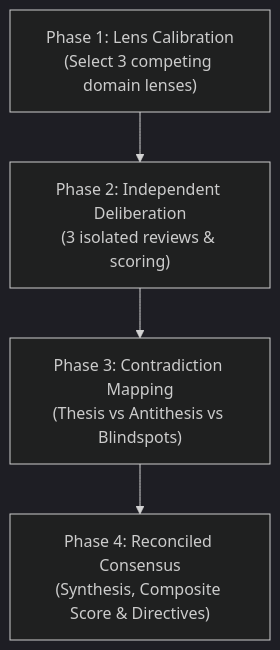
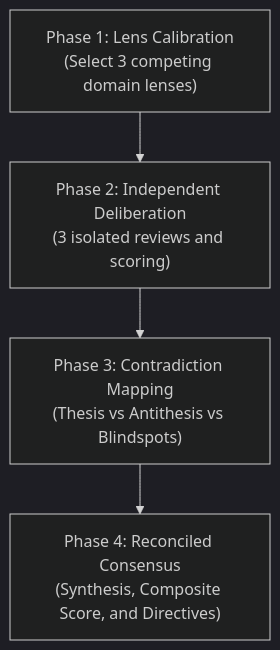
Before and after one commit to Roriz/engineering_of_thinking_skills: the diagram in skills/dialectic-consensus/SKILL.md, drawn with Mermaid (dark theme). The commit also changed other lines of this file and 12 other files, not shown here.

````diff
--- a/skills/dialectic-consensus/SKILL.md
+++ b/skills/dialectic-consensus/SKILL.md
@@ -16,6 +16,6 @@
 ```mermaid
 flowchart TD
-    P1["Phase 1: Lens Calibration<br/>(Select 3 competing domain lenses)"] --> P2["Phase 2: Independent Deliberation<br/>(3 isolated reviews & scoring)"]
+    P1["Phase 1: Lens Calibration<br/>(Select 3 competing domain lenses)"] --> P2["Phase 2: Independent Deliberation<br/>(3 isolated reviews and scoring)"]
     P2 --> P3["Phase 3: Contradiction Mapping<br/>(Thesis vs Antithesis vs Blindspots)"]
-    P3 --> P4["Phase 4: Reconciled Consensus<br/>(Synthesis, Composite Score & Directives)"]
+    P3 --> P4["Phase 4: Reconciled Consensus<br/>(Synthesis, Composite Score, and Directives)"]
 ```
````
